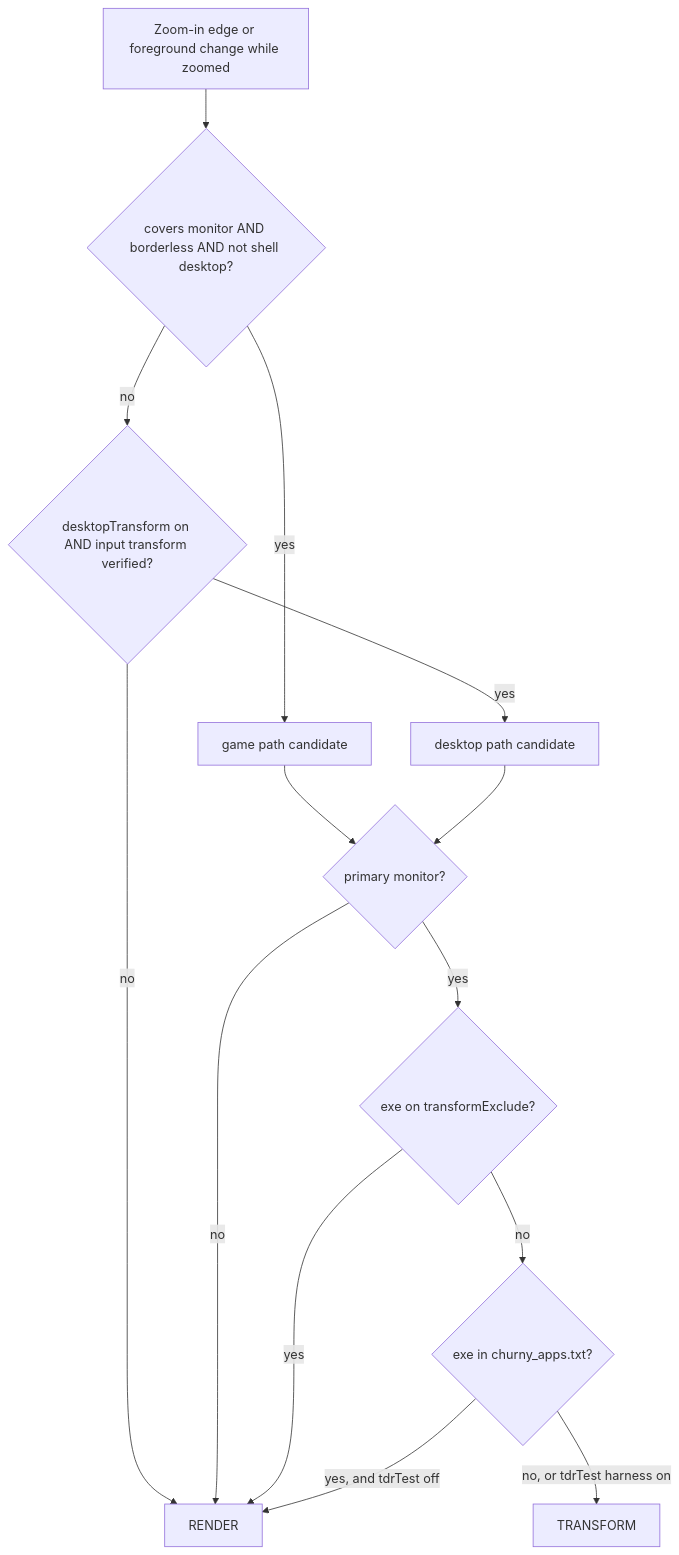
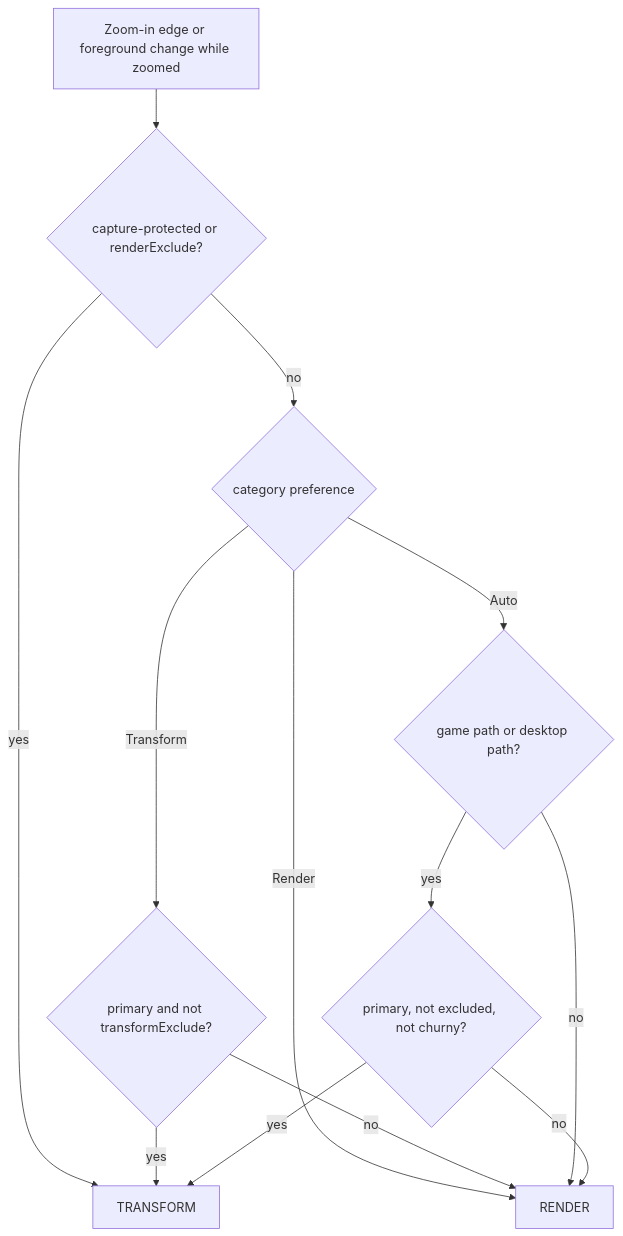
One commit to Maxaubert/Wind changed the diagram in docs/architecture/03-engines.md. Above: the diagram before and after it, drawn with Mermaid. The commit also changed other lines of this file and 142 other files, not shown here.

First line of the commit message:
docs: overhaul README, CLAUDE.md, architecture and findings (#357) (#358)

````diff
--- a/docs/architecture/03-engines.md
+++ b/docs/architecture/03-engines.md
@@ -121,16 +72,15 @@
 ```mermaid
 flowchart TD
-    A[Zoom-in edge or foreground change while zoomed] --> B{covers monitor AND borderless AND not shell desktop?}
-    B -- yes --> G[game path candidate]
-    B -- no --> C{desktopTransform on AND input transform verified?}
-    C -- yes --> G2[desktop path candidate]
-    C -- no --> R[RENDER]
-    G --> P{primary monitor?}
-    G2 --> P
+    A[Zoom-in edge or foreground change while zoomed] --> D{capture-protected or renderExclude?}
+    D -- yes --> T[TRANSFORM]
+    D -- no --> PR{category preference}
+    PR -- Render --> R[RENDER]
+    PR -- Transform --> PX{primary and not transformExclude?}
+    PX -- yes --> T
+    PX -- no --> R
+    PR -- Auto --> B{game path or desktop path?}
+    B -- no --> R
+    B -- yes --> P{primary, not excluded, not churny?}
+    P -- yes --> T
     P -- no --> R
-    P -- yes --> X{exe on transformExclude?}
-    X -- yes --> R
-    X -- no --> CH{exe in churny_apps.txt?}
-    CH -- "yes, and tdrTest off" --> R
-    CH -- "no, or tdrTest harness on" --> T[TRANSFORM]
 ```
````
